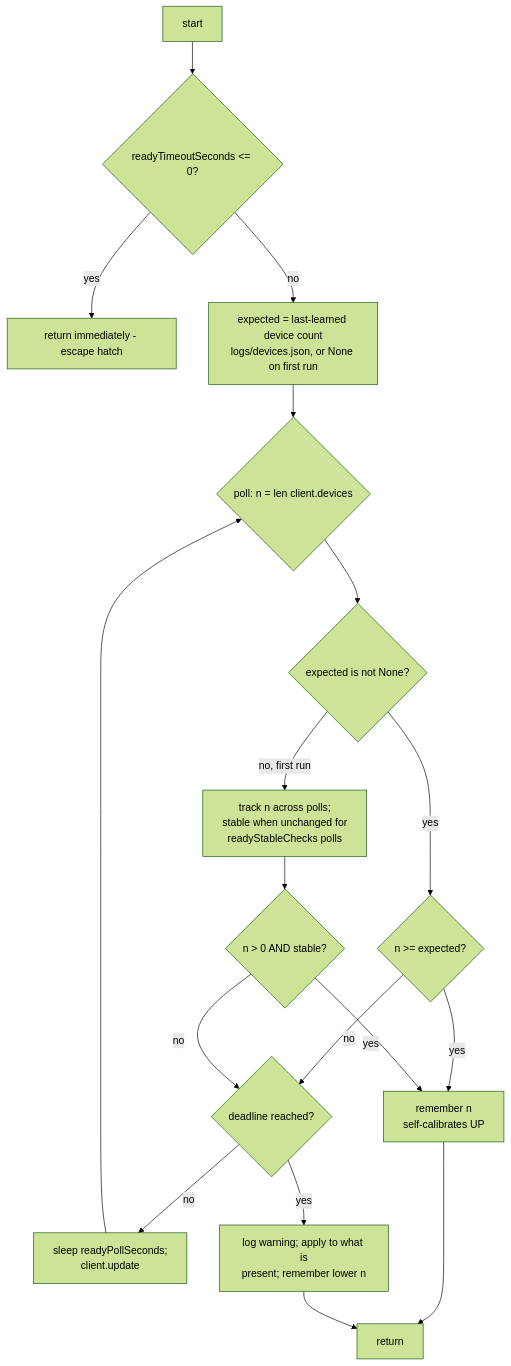
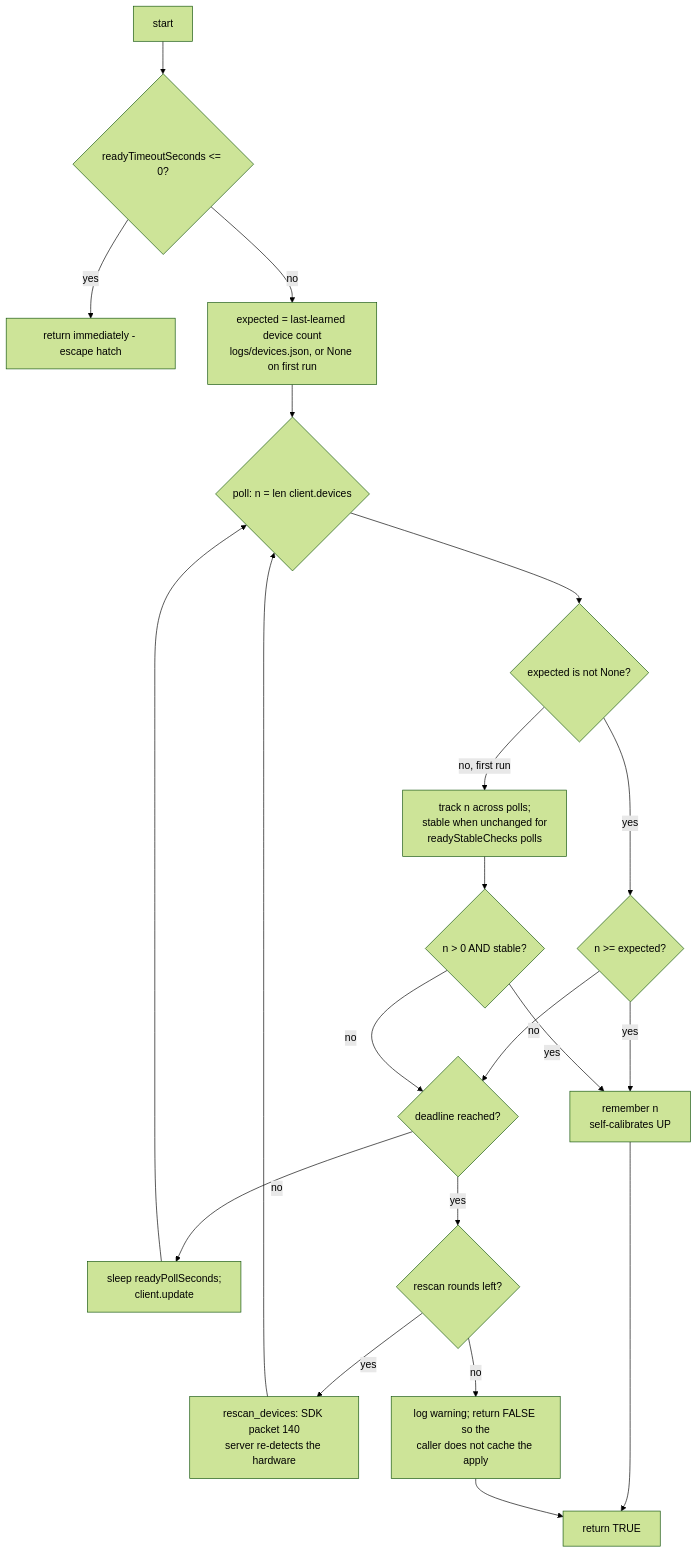
One commit to UVuruna/Auto-OpenRGB changed the diagram in core/__flow/apply.md. Above: the diagram before and after it, drawn with Mermaid (forest theme). The commit also changed other lines of this file and 11 other files, not shown here.

````diff
--- a/core/__flow/apply.md
+++ b/core/__flow/apply.md
@@ -14,21 +16,23 @@
 ```mermaid
 %%{init: {'flowchart': {'subGraphTitleMargin': {'top': 0, 'bottom': 35}}}}%%
 flowchart TB
     A[start] --> B{readyTimeoutSeconds <= 0?}
     B -- yes --> DONE0[return immediately - escape hatch]
     B -- no --> C[expected = last-learned device count<br/>logs/devices.json, or None on first run]
     C --> LOOP{poll: n = len client.devices}
     LOOP --> D{expected is not None?}
     D -- yes --> E{n >= expected?}
     D -- no, first run --> F[track n across polls;<br/>stable when unchanged for<br/>readyStableChecks polls]
     F --> G{n > 0 AND stable?}
     E -- yes --> READY
     G -- yes --> READY
     E -- no --> H{deadline reached?}
     G -- no --> H
     H -- no --> I[sleep readyPollSeconds;<br/>client.update]
     I --> LOOP
-    H -- yes --> WARN[log warning; apply to what is<br/>present; remember lower n]
-    READY[remember n<br/>self-calibrates UP] --> DONE1[return]
+    H -- yes --> R{rescan rounds left?}
+    R -- yes --> RS[rescan_devices: SDK packet 140<br/>server re-detects the hardware] --> LOOP
+    R -- no --> WARN[log warning; return FALSE so the<br/>caller does not cache the apply]
+    READY[remember n<br/>self-calibrates UP] --> DONE1[return TRUE]
     WARN --> DONE1
 ```
````
